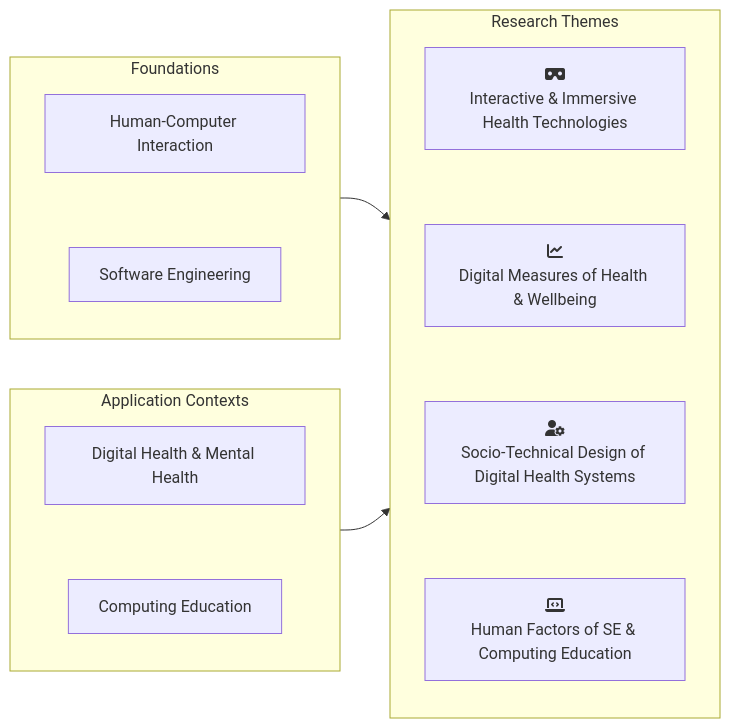
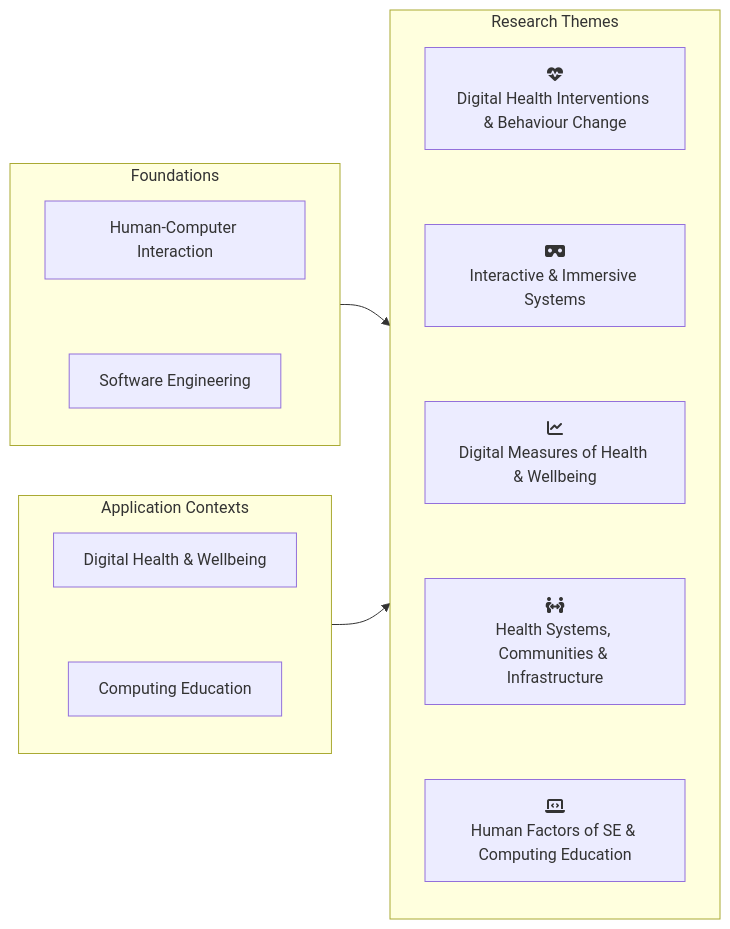
One commit to ChristopherBull/christopherbull.github.io changed the diagram in research/research-themes.md. Above: the diagram before and after it, drawn with Mermaid. The commit also changed other lines of this file, not shown here.

````diff
--- a/research/research-themes.md
+++ b/research/research-themes.md
@@ -17,25 +17,26 @@
 ```mermaid
 flowchart LR
 
     subgraph F["Foundations"]
         direction TB
         HCI["Human-Computer Interaction"] ~~~ SE["Software Engineering"]
     end
 
     subgraph T["Research Themes"]
         direction TB
-        I[<i class="fas fa-vr-cardboard fa-fw headingIcon" aria-hidden="true"></i><br>Interactive & Immersive Health Technologies] ~~~
-        M[<i class="fas fa-chart-line fa-fw headingIcon" aria-hidden="true"></i><br>Digital Measures of Health & Wellbeing] ~~~
-        S[<i class="fas fa-user-gear fa-fw headingIcon" aria-hidden="true"></i><br>Socio-Technical Design of Digital Health Systems] ~~~
-        E[<i class="fas fa-laptop-code fa-fw headingIcon" aria-hidden="true"></i><br>Human Factors of SE & Computing Education]
+        D[<i class="fas fa-heart-pulse fa-fw"></i><br>Digital Health Interventions & Behaviour Change] ~~~
+        I[<i class="fas fa-vr-cardboard fa-fw"></i><br>Interactive & Immersive Systems] ~~~
+        M[<i class="fas fa-chart-line fa-fw"></i><br>Digital Measures of Health & Wellbeing] ~~~
+        S[<i class="fas fa-people-arrows fa-fw"></i><br>Health Systems, Communities & Infrastructure] ~~~
+        E[<i class="fas fa-laptop-code fa-fw"></i><br>Human Factors of SE & Computing Education]
     end
 
     subgraph C["Application Contexts"]
         direction TB
-        DH["Digital Health & Mental Health"] ~~~
+        DH["Digital Health & Wellbeing"] ~~~
         CE["Computing Education"]
     end
 
     F --> T
     C --> T
 ```
````
